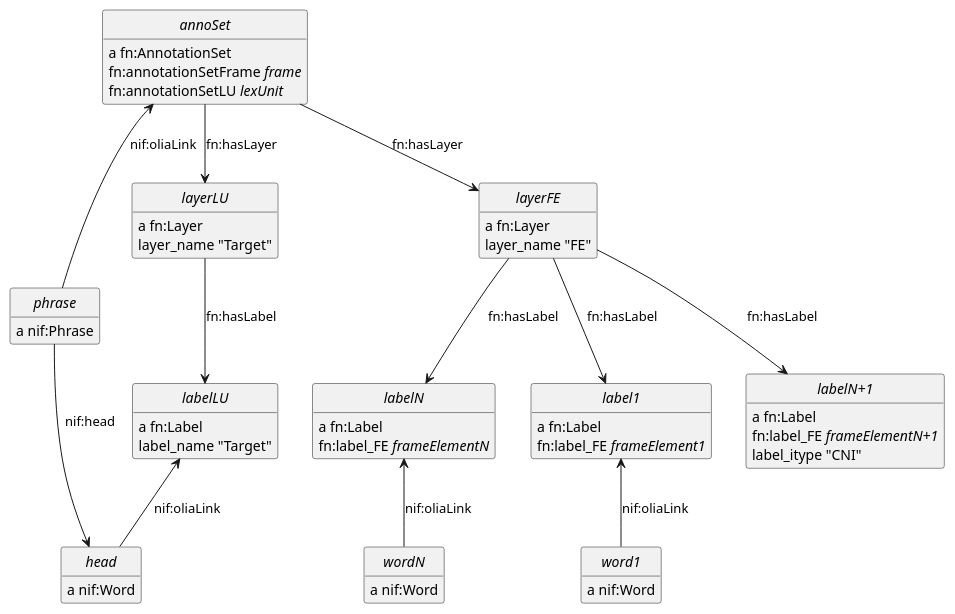
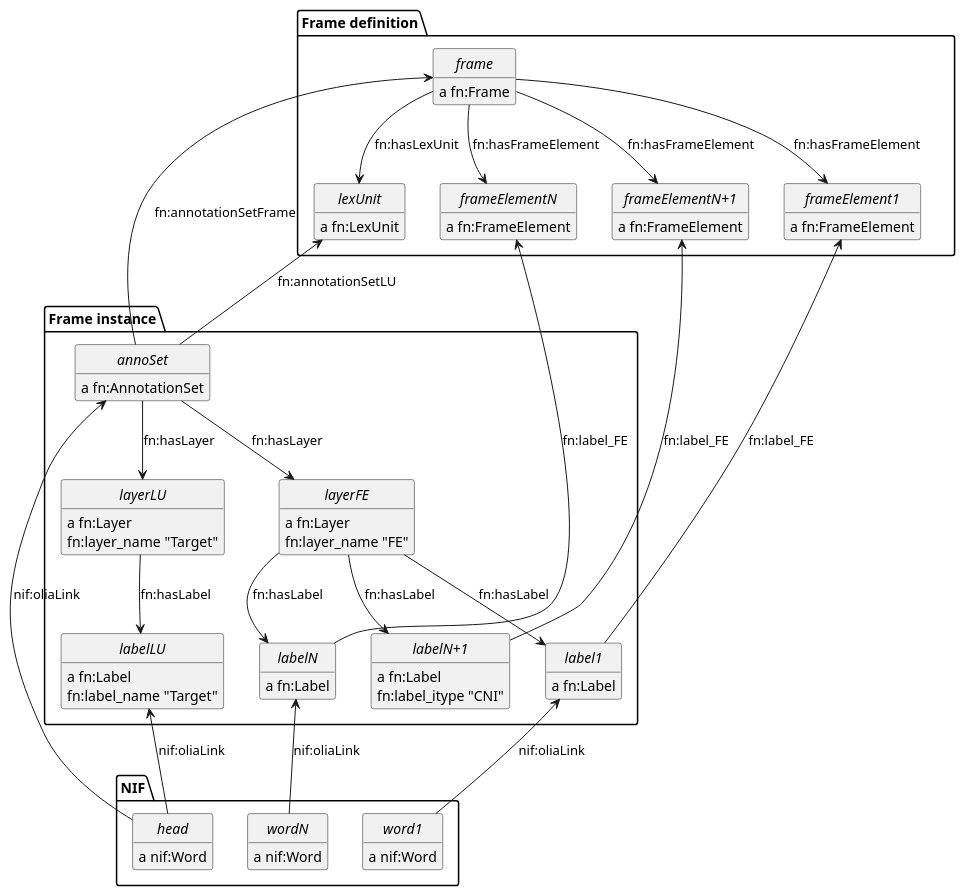
Before and after one commit to gerardbdn/VladimirAlexiev.github.io: the diagram in Multisensor/FrameNet/fn-nif.puml, drawn with PlantUML. The commit also changed 4 other files, not shown here.

```diff
--- a/Multisensor/FrameNet/fn-nif.puml
+++ b/Multisensor/FrameNet/fn-nif.puml
@@ -1,37 +1,52 @@
 @startuml
 hide circles
 hide empty methods
 
-"<i>annoSet</i>"    : a fn:AnnotationSet
-"<i>annoSet</i>"    : fn:annotationSetFrame <i>frame</i>
-"<i>annoSet</i>"    : fn:annotationSetLU <i>lexUnit</i>
-"<i>head</i>"       : a nif:Word
-"<i>label1</i>"     : a fn:Label
-"<i>label1</i>"     : fn:label_FE <i>frameElement1</i>
-"<i>labelN+1</i>"   : a fn:Label
-"<i>labelN+1</i>"   : fn:label_FE <i>frameElementN+1</i>
-"<i>labelN+1</i>"   : label_itype "CNI"
-"<i>labelN</i>"     : a fn:Label
-"<i>labelN</i>"     : fn:label_FE <i>frameElementN</i>
-"<i>labelLU</i>"    : a fn:Label
-"<i>labelLU</i>"    : label_name "Target"
-"<i>layerLU</i>"    : a fn:Layer
-"<i>layerLU</i>"    : layer_name "Target"
-"<i>layerFE</i>"    : a fn:Layer
-"<i>layerFE</i>"    : layer_name "FE"
-"<i>phrase</i>"     : a nif:Phrase
-"<i>word1</i>"      : a nif:Word
-"<i>wordN</i>"      : a nif:Word
+package "Frame definition" {
+  "<i>frame</i>"           : a fn:Frame
+  "<i>lexUnit</i>"         : a fn:LexUnit
+  "<i>frameElement1</i>"   : a fn:FrameElement
+  "<i>frameElementN</i>"   : a fn:FrameElement
+  "<i>frameElementN+1</i>" : a fn:FrameElement
+}
+package "Frame instance" {
+  "<i>annoSet</i>"         : a fn:AnnotationSet
+  "<i>label1</i>"          : a fn:Label
+  "<i>labelN</i>"          : a fn:Label
+  "<i>labelN+1</i>"        : a fn:Label
+  "<i>labelN+1</i>"        : fn:label_itype "CNI"
+  "<i>labelLU</i>"         : a fn:Label
+  "<i>labelLU</i>"         : fn:label_name "Target"
+  "<i>layerLU</i>"         : a fn:Layer
+  "<i>layerLU</i>"         : fn:layer_name "Target"
+  "<i>layerFE</i>"         : a fn:Layer
+  "<i>layerFE</i>"         : fn:layer_name "FE"
+}
+package "NIF" {
+  "<i>head</i>"            : a nif:Word
+  "<i>word1</i>"           : a nif:Word
+  "<i>wordN</i>"           : a nif:Word
+}
 
-"<i>annoSet</i>" -down->  "<i>layerLU</i>"   : fn:hasLayer
-"<i>annoSet</i>" -down->  "<i>layerFE</i>"   : fn:hasLayer
-"<i>phrase</i>"  -up->    "<i>annoSet</i>"   : nif:oliaLink
-"<i>phrase</i>"  -right-> "<i>head</i>"      : nif:head
-"<i>head</i>"    -up->    "<i>labelLU</i>"   : nif:oliaLink
-"<i>word1</i>"   -up->    "<i>label1</i>"    : nif:oliaLink
-"<i>wordN</i>"   -up->    "<i>labelN</i>"    : nif:oliaLink
-"<i>layerLU</i>" -down->  "<i>labelLU</i>"   : fn:hasLabel
-"<i>layerFE</i>" -down->  "<i>label1</i>"    : fn:hasLabel
-"<i>layerFE</i>" -down->  "<i>labelN</i>"    : fn:hasLabel
-"<i>layerFE</i>" -down->  "<i>labelN+1</i>"  : fn:hasLabel
+"<i>frame</i>"   -down-> "<i>lexUnit</i>"          : fn:hasLexUnit
+"<i>frame</i>"   -down-> "<i>frameElement1</i>"    : fn:hasFrameElement
+"<i>frame</i>"   -down-> "<i>frameElementN</i>"    : fn:hasFrameElement
+"<i>frame</i>"   -down-> "<i>frameElementN+1</i>"  : fn:hasFrameElement
+
+"<i>annoSet</i>" -up->    "<i>frame</i>"           : fn:annotationSetFrame
+"<i>annoSet</i>" -up->    "<i>lexUnit</i>"         : fn:annotationSetLU
+"<i>annoSet</i>" -down->  "<i>layerLU</i>"         : fn:hasLayer
+"<i>annoSet</i>" -down->  "<i>layerFE</i>"         : fn:hasLayer
+"<i>layerFE</i>" -down->  "<i>label1</i>"          : fn:hasLabel
+"<i>layerFE</i>" -down->  "<i>labelN</i>"          : fn:hasLabel
+"<i>layerFE</i>" -down->  "<i>labelN+1</i>"        : fn:hasLabel
+"<i>layerLU</i>" -down->  "<i>labelLU</i>"         : fn:hasLabel
+"<i>label1</i>"  -up->    "<i>frameElement1</i>"   : fn:label_FE
+"<i>labelN</i>"  -up->    "<i>frameElementN</i>"   : fn:label_FE
+"<i>labelN+1</i>"-up->    "<i>frameElementN+1</i>" : fn:label_FE
+
+"<i>head</i>"    -up->    "<i>annoSet</i>"         : nif:oliaLink
+"<i>head</i>"    -up->    "<i>labelLU</i>"         : nif:oliaLink
+"<i>word1</i>"   -up->    "<i>label1</i>"          : nif:oliaLink
+"<i>wordN</i>"   -up->    "<i>labelN</i>"          : nif:oliaLink
 @enduml
```
